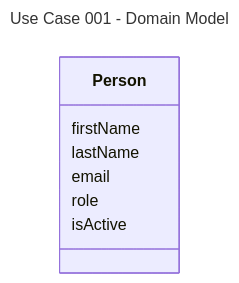
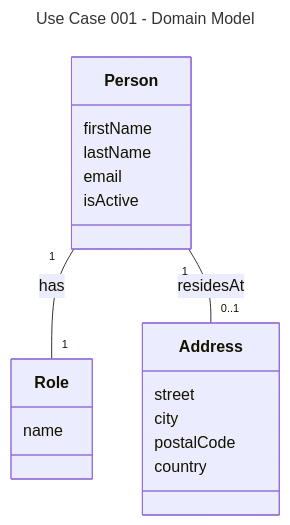
The diagram in docs/UseCase001-LoginAndRoleaccess/UC001-DomainModel.md (DMOoF25-TEAM11/ArlaNatureConnect), drawn with Mermaid before and after one commit. The commit also changed other lines of this file and 22 other files, not shown here.

Commit message:
Artefact update for UC001, UC002B... And Total Update for DCD.md, DomainModel.md and ER.md with UC001 & UC002B.... Plus fix so Farmer can be connected with multiple farms with different CVR numbers. When Arla Employee writes more farms to the same email.

````diff
--- a/docs/UseCase001-LoginAndRoleaccess/UC001-DomainModel.md
+++ b/docs/UseCase001-LoginAndRoleaccess/UC001-DomainModel.md
@@ -1,13 +3,29 @@
 ```mermaid
 ---
 title: Use Case 001 - Domain Model
 ---
 classDiagram
-    class Person {
-        firstName
-        lastName
-        email
-        role
-        isActive
-    }
+    direction TB
+
+  class Role {
+    name
+  }
+
+  class Person {
+    firstName
+    lastName
+    email
+    isActive
+  }
+
+  class Address {
+    street
+    city
+    postalCode
+    country
+  }
+
+    %% Relationships - conceptual domain relationships
+    Person "1" -- "1" Role : has
+    Person "1" -- "0..1" Address : residesAt
 ```
````
